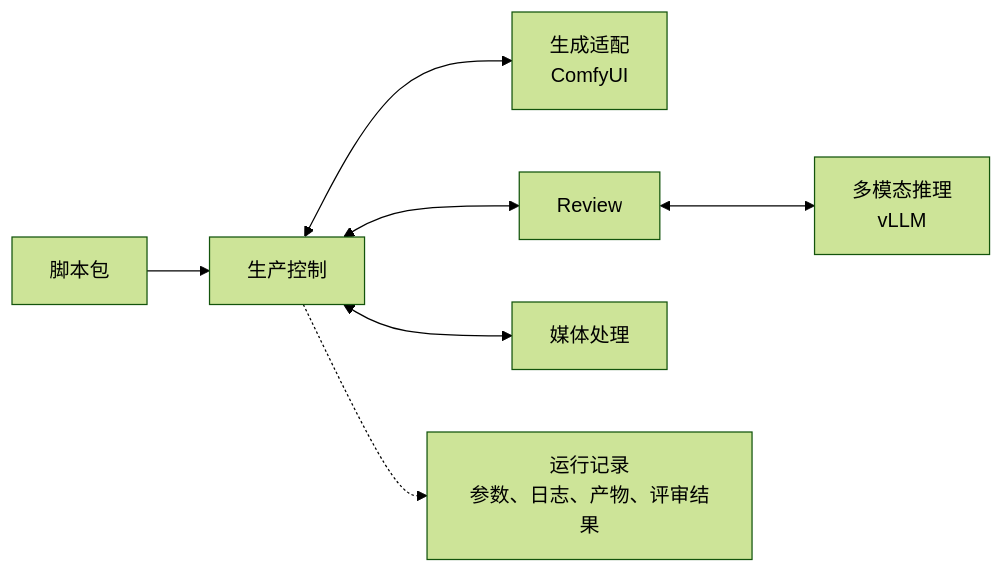
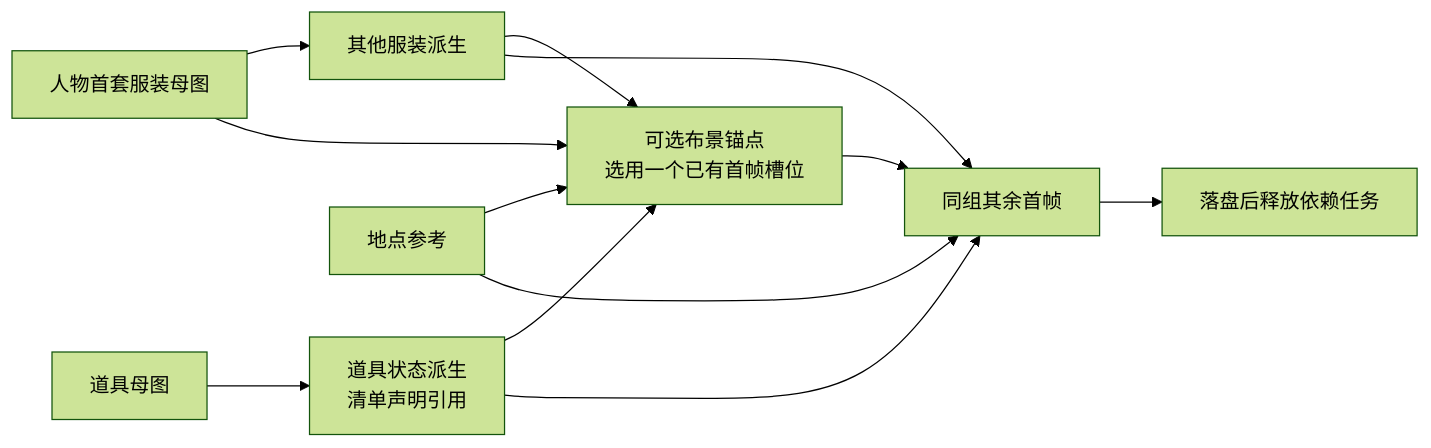
Before and after one commit to mtbnydx-dot/AI-AI-powered-local-fully-automated-video-workflow: the second of 3 diagrams in docs/architecture.md, drawn with Mermaid (forest theme). The commit also changed other lines of this file and 77 other files, not shown here.

````diff
--- a/docs/architecture.md
+++ b/docs/architecture.md
@@ -9,9 +49,14 @@
 ```mermaid
 flowchart LR
-    P["脚本包"] --> C["生产控制"]
-    C <--> G["生成适配<br/>ComfyUI"]
-    C <--> R["Review"]
-    R <--> V["多模态推理<br/>vLLM"]
-    C <--> M["媒体处理"]
-    C -.-> L["运行记录<br/>参数、日志、产物、评审结果"]
+    C["人物首套服装母图"] --> W["其他服装派生"]
+    P["道具母图"] --> P2["道具状态派生<br/>清单声明引用"]
+    L["地点参考"] --> A["可选布景锚点<br/>选用一个已有首帧槽位"]
+    C --> A
+    W --> A
+    P2 --> A
+    A --> F["同组其余首帧"]
+    L --> F
+    W --> F
+    P2 --> F
+    F --> D["落盘后释放依赖任务"]
 ```
````
